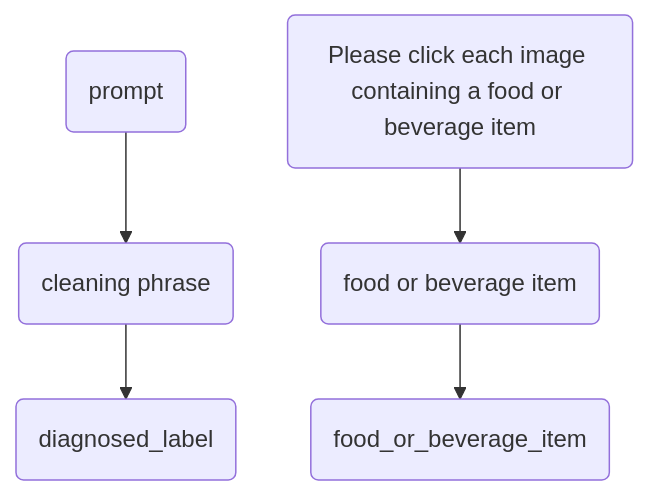
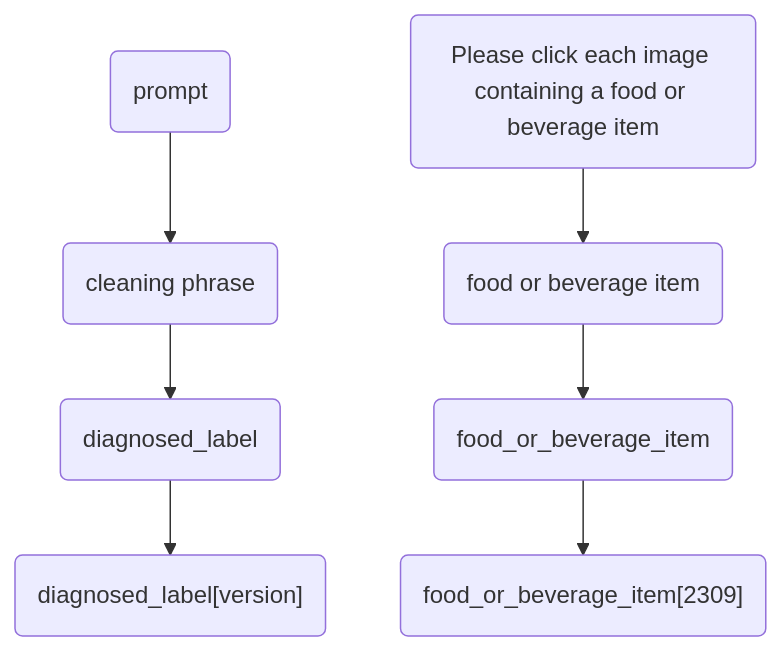
The first of 4 diagrams in src/readme.md (QIN2DIM/hcaptcha-challenger), drawn with Mermaid before and after one commit. The commit also changed other lines of this file, not shown here.

````diff
--- a/src/readme.md
+++ b/src/readme.md
@@ -3,10 +5,16 @@
 ```mermaid
 graph TD;
-	p(prompt)-->pl(cleaning phrase);
-	pl-->dpl(diagnosed_label);
+	p(prompt);
+	pl(cleaning phrase);
+	dpl(diagnosed_label);
+	dplv("diagnosed_label[version]");
+	p-->pl;
+	pl-->dpl;
+	dpl-->dplv;
 	
-	ep(Please click each image containing a food or beverage item)
+	ep("Please click each image containing a food or beverage item")
 	epl(food or beverage item)
 	edpl(food_or_beverage_item)
-	ep-->epl-->edpl;
+	edplv("food_or_beverage_item[2309]")
+	ep-->epl-->edpl-->edplv;
 ```
````
